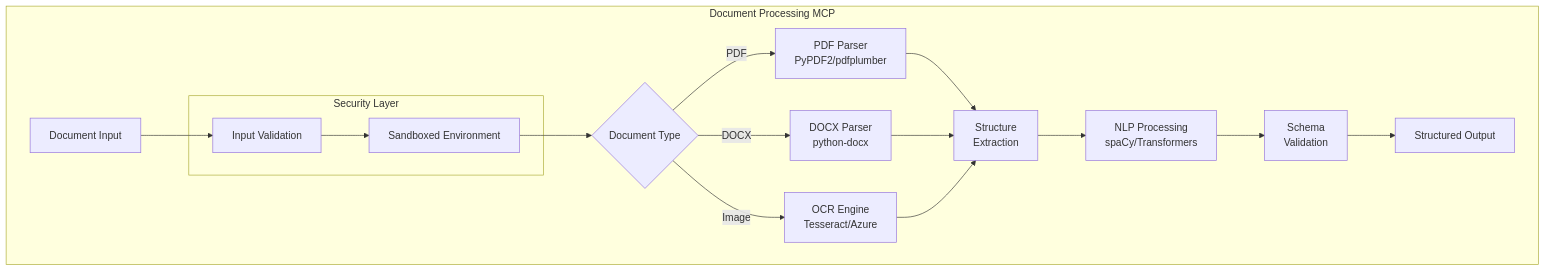
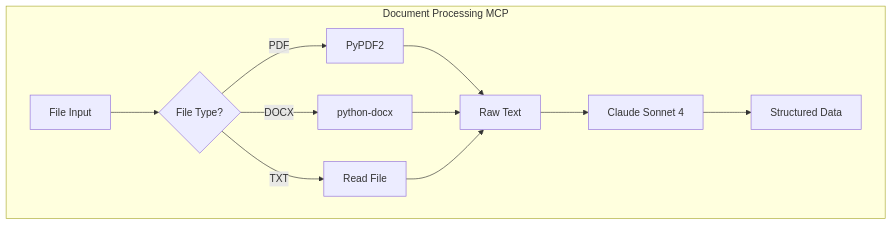
Before and after one commit to goodfitcareers/langgraph-mcp-agents: the fourth of 9 diagrams in transformation_architecture.md, drawn with Mermaid. The commit also changed other lines of this file, not shown here.

````diff
--- a/transformation_architecture.md
+++ b/transformation_architecture.md
@@ -185,26 +134,17 @@
 ```mermaid
 graph TD
     subgraph "Document Processing MCP"
-        Input[Document Input] --> Val[Input Validation]
-        Val --> Sandbox[Sandboxed Environment]
+        Input[File Input] --> Type{File Type?}
+        Type -->|PDF| PDF[PyPDF2]
+        Type -->|DOCX| DOCX[python-docx]
+        Type -->|TXT| TXT[Read File]
 
-        Sandbox --> Type{Document Type}
-        Type -->|PDF| PDFParser[PDF Parser<br/>PyPDF2/pdfplumber]
-        Type -->|DOCX| DOCXParser[DOCX Parser<br/>python-docx]
-        Type -->|Image| OCR[OCR Engine<br/>Tesseract/Azure]
+        PDF --> Text[Raw Text]
+        DOCX --> Text
+        TXT --> Text
 
-        PDFParser --> Struct[Structure<br/>Extraction]
-        DOCXParser --> Struct
-        OCR --> Struct
-
-        Struct --> NLP[NLP Processing<br/>spaCy/Transformers]
-        NLP --> Schema[Schema<br/>Validation]
-        Schema --> Output[Structured Output]
-
-        subgraph "Security Layer"
-            Val
-            Sandbox
-        end
+        Text --> Claude[Claude Sonnet 4]
+        Claude --> Output[Structured Data]
     end
 
 ```
````
